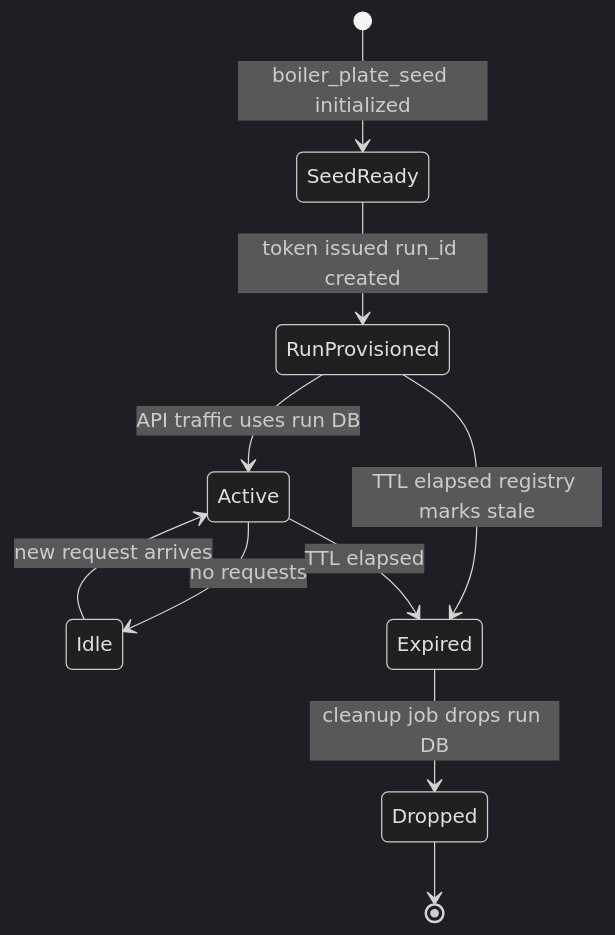
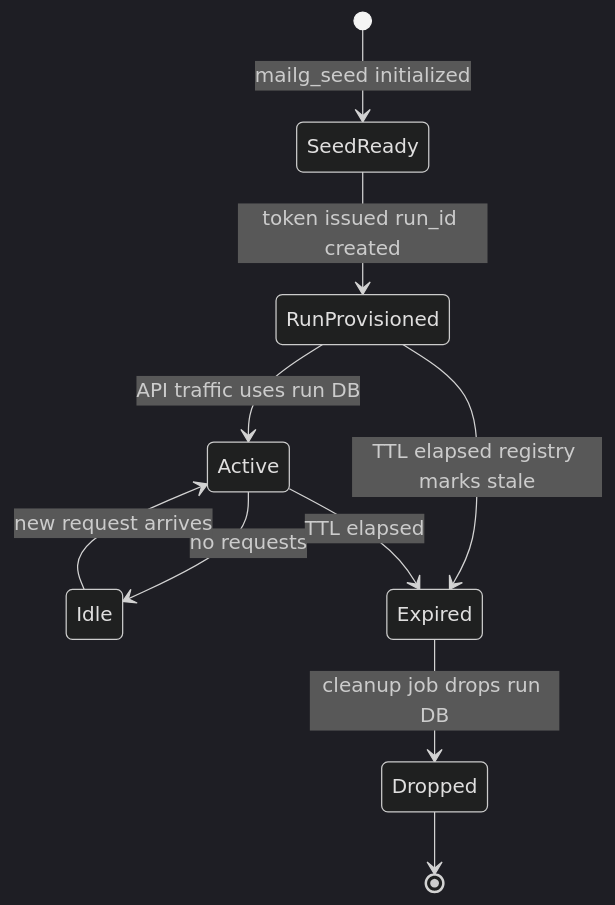
One commit to dinushaw83/mailg-test changed the fourth of 4 diagrams in README.md. Above: the diagram before and after it, drawn with Mermaid (dark theme). The commit also changed other lines of this file and 13 other files, not shown here.

````diff
--- a/README.md
+++ b/README.md
@@ -180,12 +180,12 @@
 ```mermaid
 stateDiagram-v2
-    [*] --> SeedReady: boiler_plate_seed initialized
+    [*] --> SeedReady: mailg_seed initialized
     SeedReady --> RunProvisioned: token issued run_id created
     RunProvisioned --> Active: API traffic uses run DB
     Active --> Idle: no requests
     Idle --> Active: new request arrives
     RunProvisioned --> Expired: TTL elapsed registry marks stale
     Active --> Expired: TTL elapsed
     Expired --> Dropped: cleanup job drops run DB
     Dropped --> [*]
 ```
````
